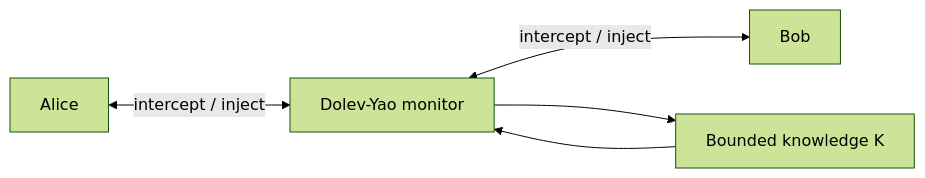
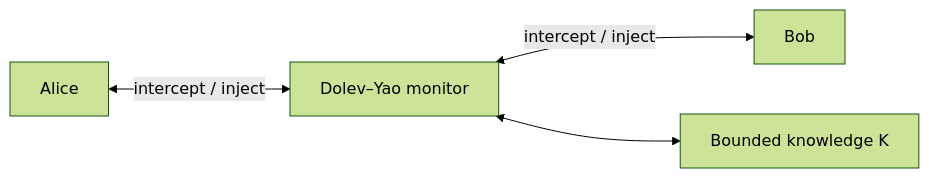
One commit to IMTAltiStudiLucca/mCRL2DY changed the diagram in README.md. Above: the diagram before and after it, drawn with Mermaid (forest theme). The commit also changed other lines of this file and 1 other file, not shown here.

````diff
--- a/README.md
+++ b/README.md
@@ -31,7 +31,6 @@
 ```mermaid
 flowchart LR
-    A[Alice] <-->|intercept / inject| DY[Dolev-Yao monitor]
+    A[Alice] <-->|intercept / inject| DY[Dolev–Yao monitor]
     DY <-->|intercept / inject| B[Bob]
-    DY --> K[Bounded knowledge K]
-    K --> DY
+    DY <--> K[Bounded knowledge K]
 ```
````
